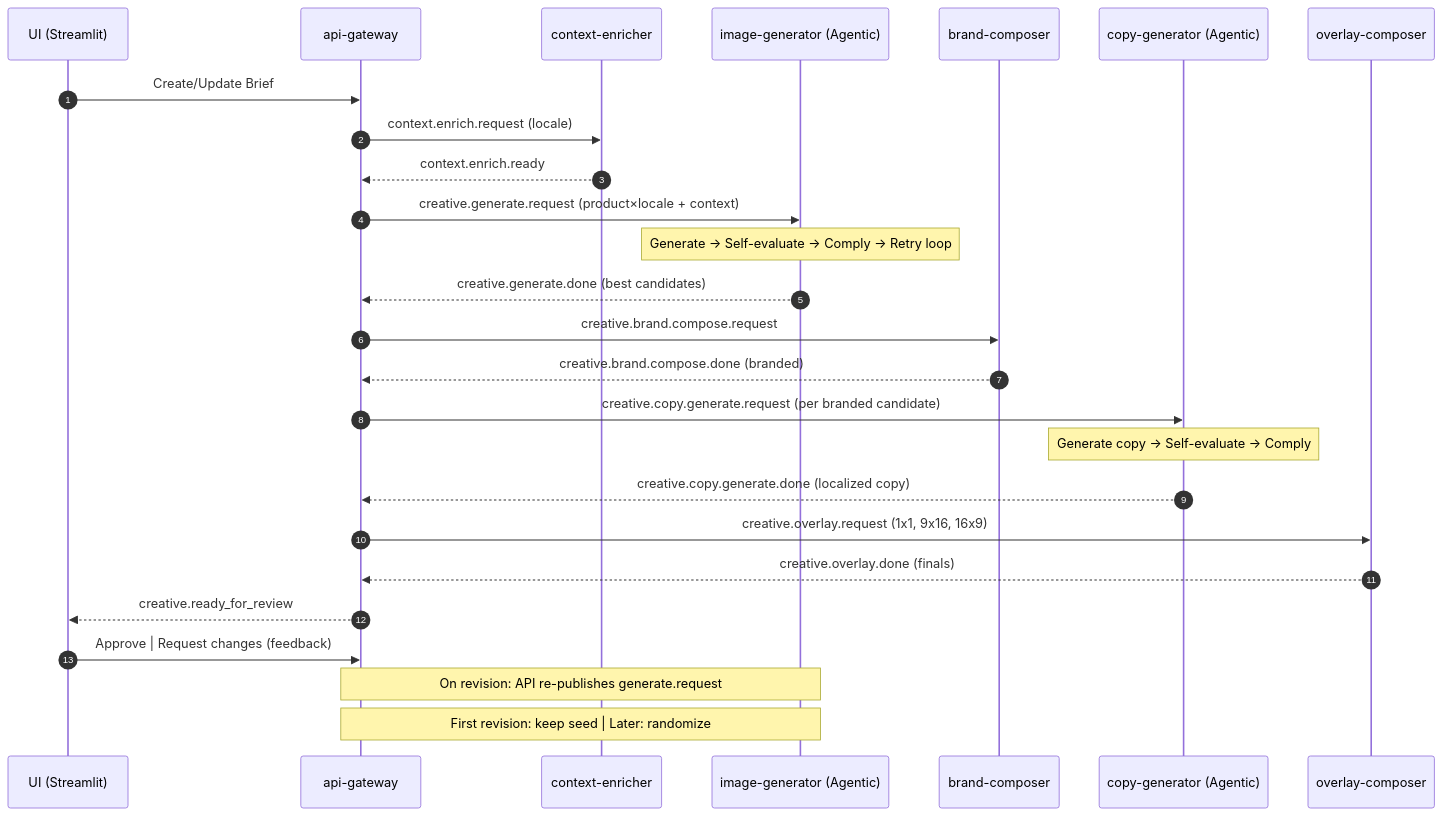
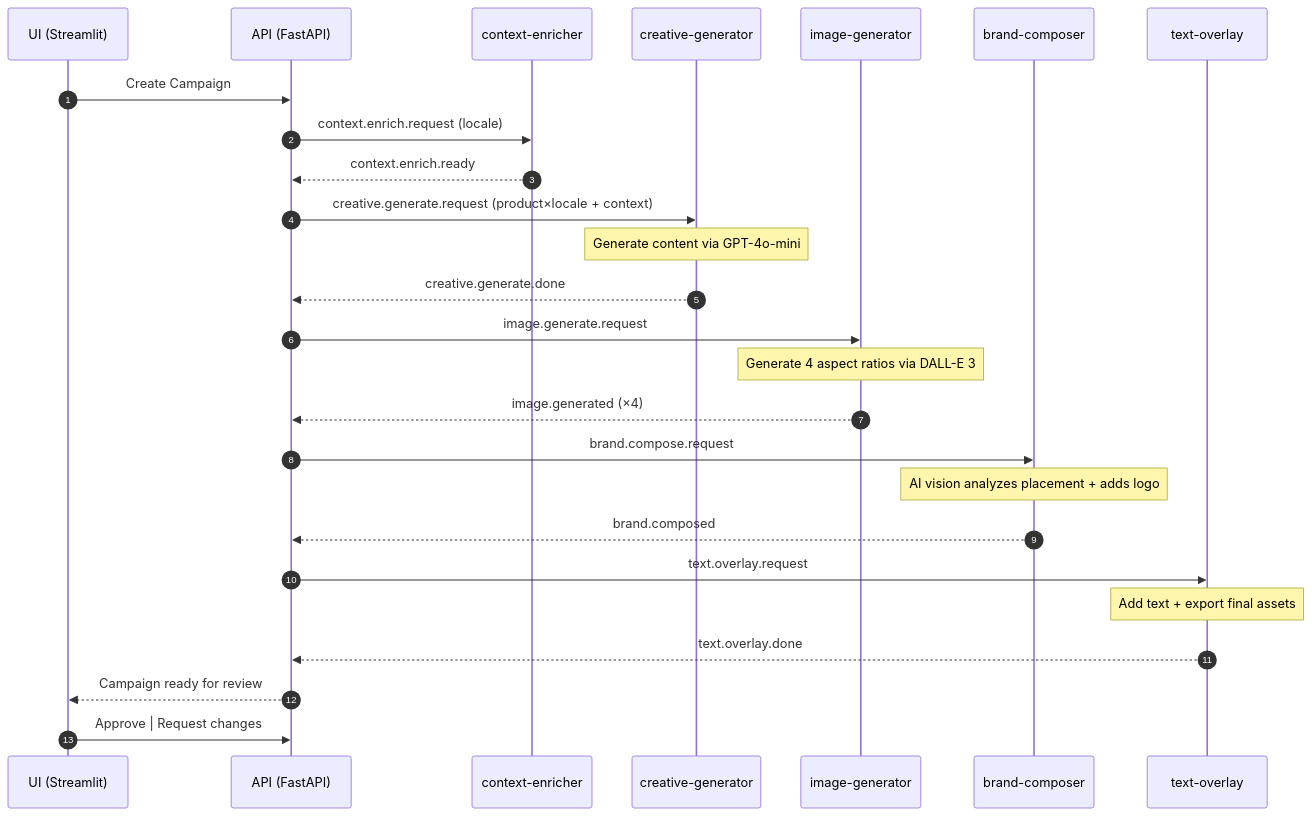
Before and after one commit to gsantopaolo/CreativeCampaign-Agent: the first of 2 diagrams in docs/architecture.md, drawn with Mermaid. The commit also changed other lines of this file and 7 other files, not shown here.

````diff
--- a/docs/architecture.md
+++ b/docs/architecture.md
@@ -77,35 +51,34 @@
 ```mermaid
 sequenceDiagram
   autonumber
   participant UI as UI (Streamlit)
-  participant API as api-gateway
-  participant C as context-enricher
-  participant G as image-generator (Agentic)
-  participant B as brand-composer
-  participant T as copy-generator (Agentic)
-  participant O as overlay-composer
+  participant API as API (FastAPI)
+  participant CE as context-enricher
+  participant CG as creative-generator
+  participant IG as image-generator
+  participant BC as brand-composer
+  participant TO as text-overlay
 
-  UI->>API: Create/Update Brief
-  API->>C: context.enrich.request (locale)
-  C-->>API: context.enrich.ready
+  UI->>API: Create Campaign
+  API->>CE: context.enrich.request (locale)
+  CE-->>API: context.enrich.ready
   
-  API->>G: creative.generate.request (product×locale + context)
-  Note over G: Generate → Self-evaluate → Comply → Retry loop
-  G-->>API: creative.generate.done (best candidates)
+  API->>CG: creative.generate.request (product×locale + context)
+  Note over CG: Generate content via GPT-4o-mini
+  CG-->>API: creative.generate.done
   
-  API->>B: creative.brand.compose.request
-  B-->>API: creative.brand.compose.done (branded)
+  API->>IG: image.generate.request
+  Note over IG: Generate 4 aspect ratios via DALL-E 3
+  IG-->>API: image.generated (×4)
   
-  API->>T: creative.copy.generate.request (per branded candidate)
-  Note over T: Generate copy → Self-evaluate → Comply
-  T-->>API: creative.copy.generate.done (localized copy)
+  API->>BC: brand.compose.request
+  Note over BC: AI vision analyzes placement + adds logo
+  BC-->>API: brand.composed
   
-  API->>O: creative.overlay.request (1x1, 9x16, 16x9)
-  O-->>API: creative.overlay.done (finals)
+  API->>TO: text.overlay.request
+  Note over TO: Add text + export final assets
+  TO-->>API: text.overlay.done
   
-  API-->>UI: creative.ready_for_review
-  UI->>API: Approve | Request changes (feedback)
-  
-  Note over API,G: On revision: API re-publishes generate.request
-  Note over API,G: First revision: keep seed | Later: randomize
+  API-->>UI: Campaign ready for review
+  UI->>API: Approve | Request changes
 ```
````
